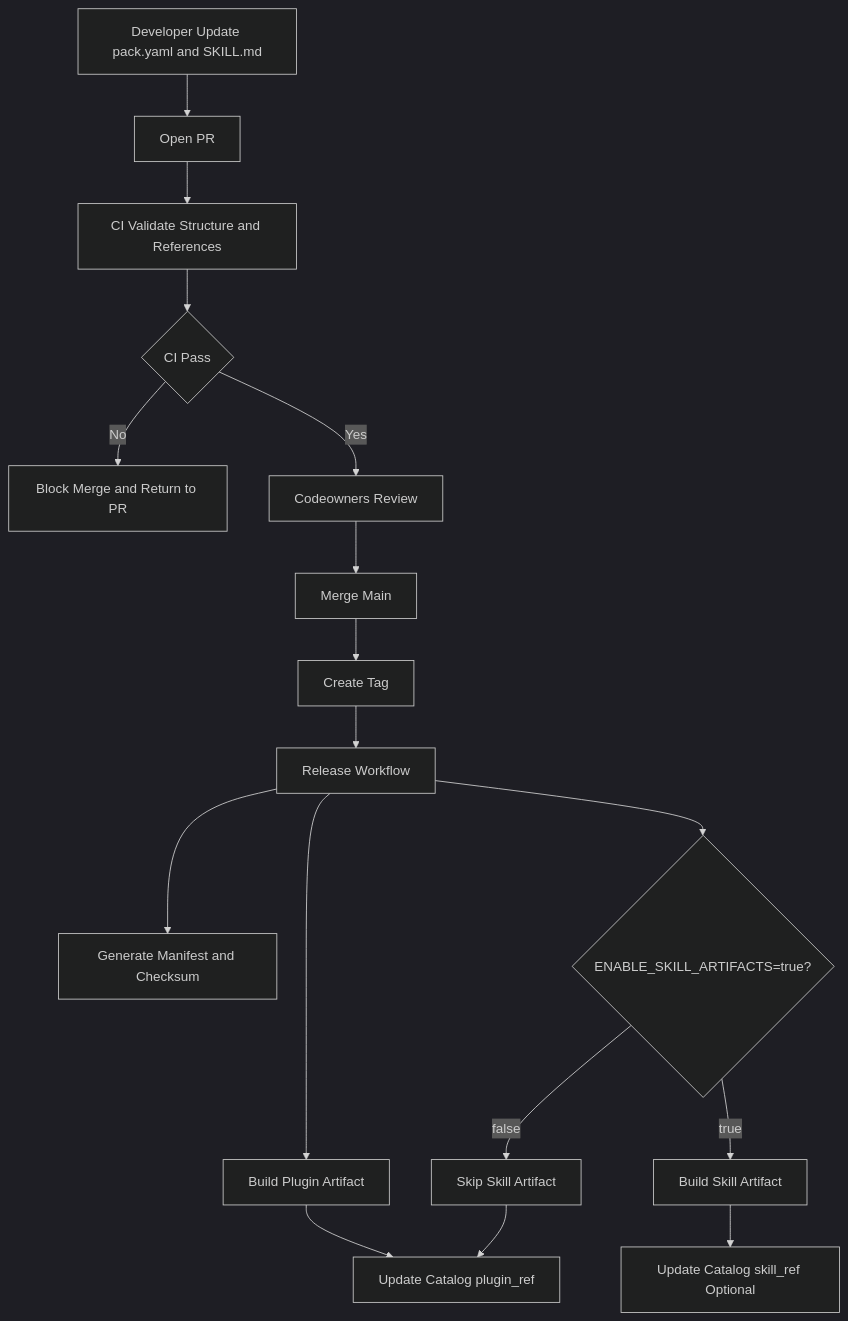
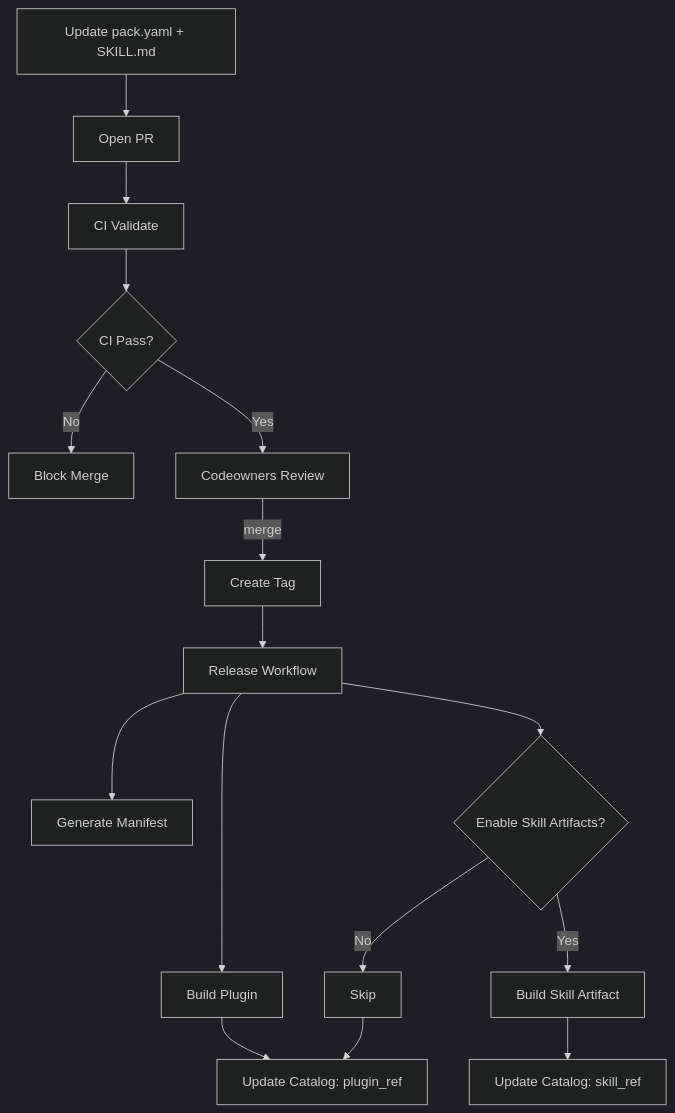
The first of 3 diagrams in docs/phase1/FLOW.md (devbolin/skills), drawn with Mermaid (dark theme) before and after one commit. The commit also changed other lines of this file and 4 other files, not shown here.

First line of the commit message:
docs: improve mermaid diagrams for GitHub readability

````diff
--- a/docs/phase1/FLOW.md
+++ b/docs/phase1/FLOW.md
@@ -5,19 +5,20 @@
 ```mermaid
 flowchart TD
-  A[Developer Update pack.yaml and SKILL.md] --> B[Open PR]
-  B --> C[CI Validate Structure and References]
-  C --> D{CI Pass}
-  D -- No --> E[Block Merge and Return to PR]
-  D -- Yes --> F[Codeowners Review]
-  F --> G[Merge Main]
-  G --> H[Create Tag]
-  H --> I[Release Workflow]
-  I --> J[Build Plugin Artifact]
-  I --> K[Generate Manifest and Checksum]
-  I --> L{ENABLE_SKILL_ARTIFACTS=true?}
-  L -- true --> M[Build Skill Artifact]
-  L -- false --> N[Skip Skill Artifact]
-  J --> O[Update Catalog plugin_ref]
-  M --> P[Update Catalog skill_ref Optional]
-  N --> O
+    A[Update pack.yaml + SKILL.md] --> B[Open PR]
+    B --> C[CI Validate]
+    C --> D{CI Pass?}
+    D -->|No| E[Block Merge]
+    D -->|Yes| F[Codeowners Review]
+    F -->|merge| G[Create Tag]
+    G --> H[Release Workflow]
+
+    H --> I[Build Plugin]
+    H --> J[Generate Manifest]
+    H --> K{Enable Skill Artifacts?}
+    K -->|Yes| L[Build Skill Artifact]
+    K -->|No| M[Skip]
+
+    I --> N[Update Catalog: plugin_ref]
+    L --> O[Update Catalog: skill_ref]
+    M --> N
 ```
````
